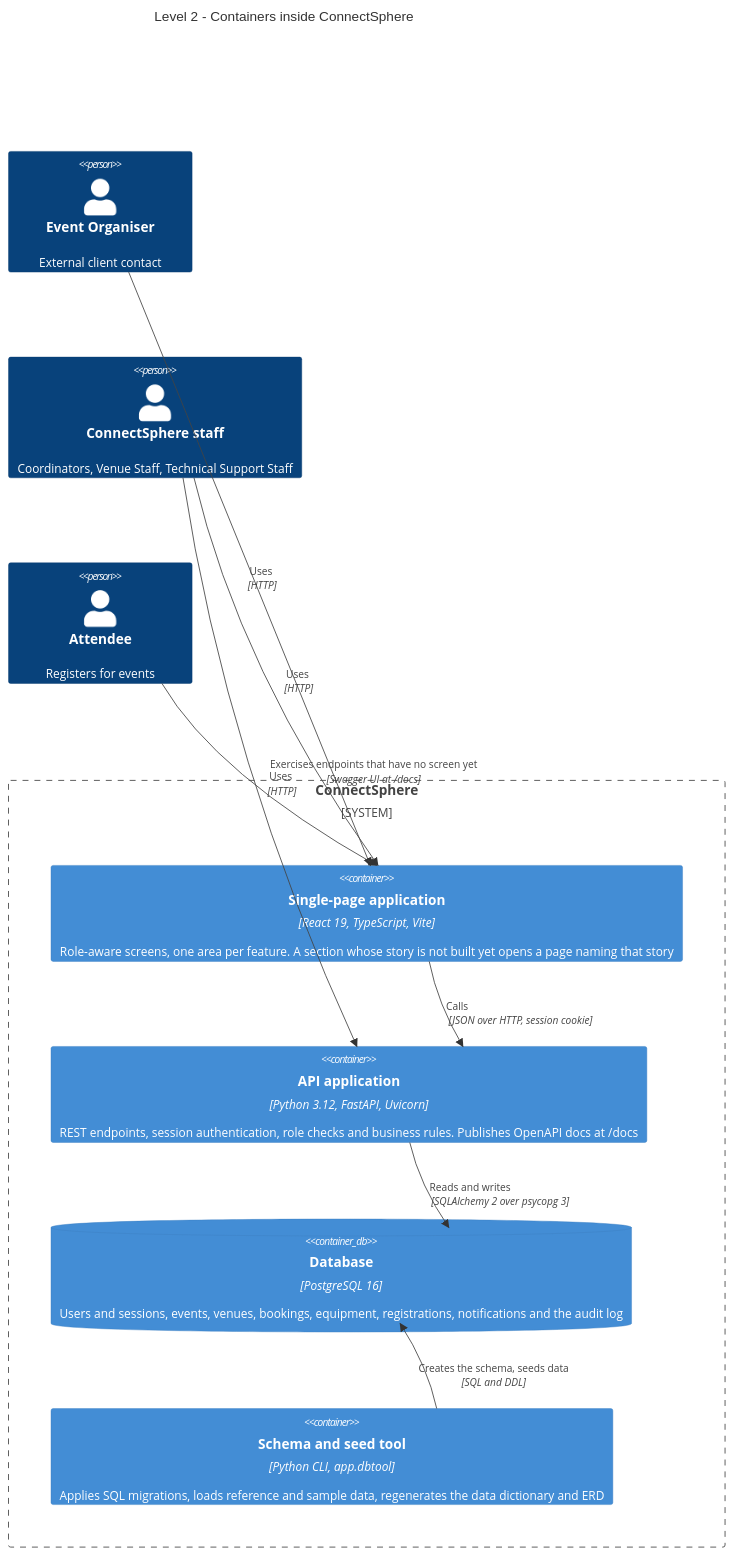
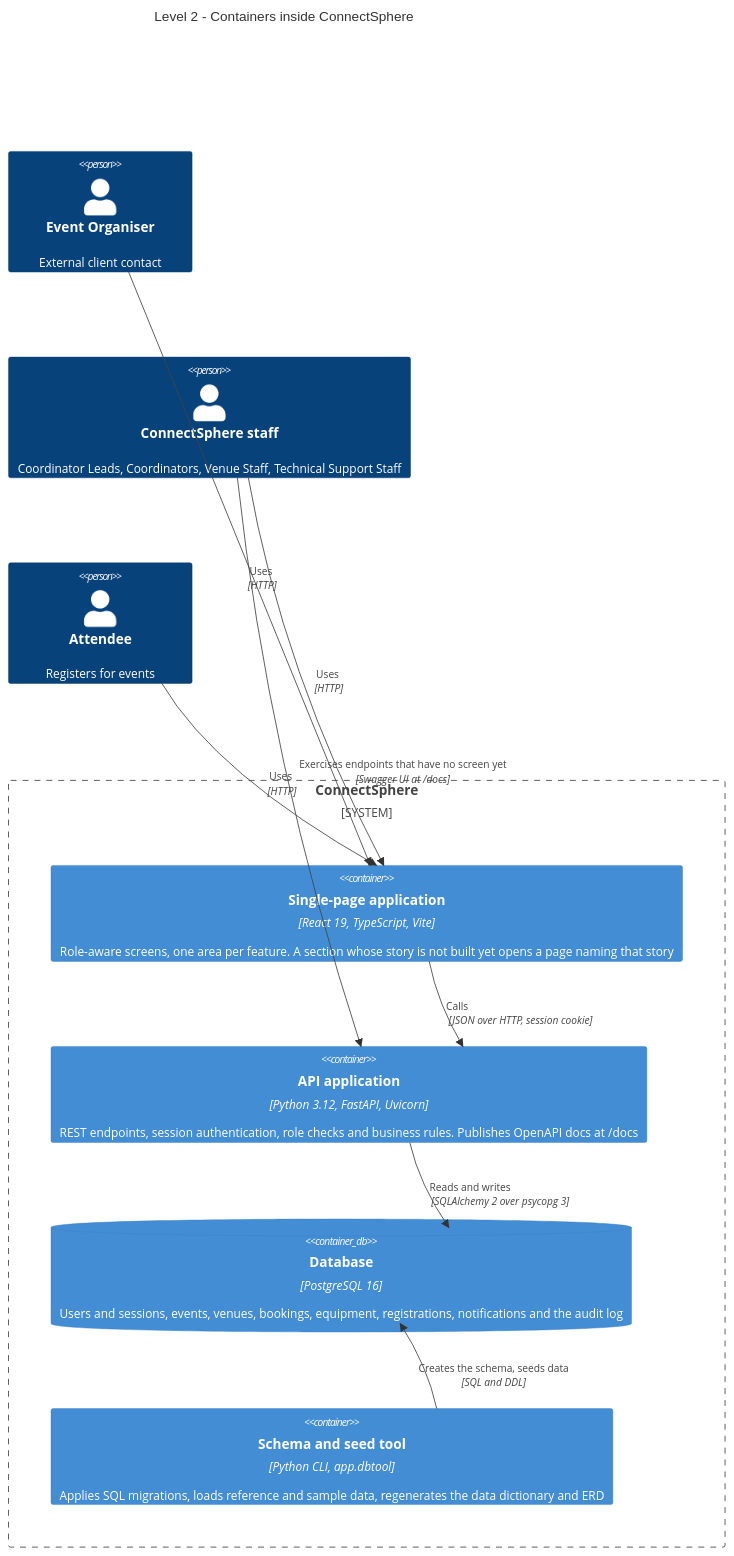
Before and after one commit to mecmk/SPM-G5: the second of 7 diagrams in docs/C4_MODEL.md, drawn with Mermaid. The commit also changed other lines of this file and 20 other files, not shown here.

````diff
--- a/docs/C4_MODEL.md
+++ b/docs/C4_MODEL.md
@@ -52,25 +54,25 @@
 ```mermaid
 C4Container
     title Level 2 - Containers inside ConnectSphere
 
     Person(organiser, "Event Organiser", "External client contact")
-    Person(staff, "ConnectSphere staff", "Coordinators, Venue Staff, Technical Support Staff")
+    Person(staff, "ConnectSphere staff", "Coordinator Leads, Coordinators, Venue Staff, Technical Support Staff")
     Person(attendee, "Attendee", "Registers for events")
 
     System_Boundary(connectsphere, "ConnectSphere") {
         Container(spa, "Single-page application", "React 19, TypeScript, Vite", "Role-aware screens, one area per feature. A section whose story is not built yet opens a page naming that story")
         Container(api, "API application", "Python 3.12, FastAPI, Uvicorn", "REST endpoints, session authentication, role checks and business rules. Publishes OpenAPI docs at /docs")
         ContainerDb(db, "Database", "PostgreSQL 16", "Users and sessions, events, venues, bookings, equipment, registrations, notifications and the audit log")
         Container(dbtool, "Schema and seed tool", "Python CLI, app.dbtool", "Applies SQL migrations, loads reference and sample data, regenerates the data dictionary and ERD")
     }
 
     Rel(organiser, spa, "Uses", "HTTP")
     Rel(staff, spa, "Uses", "HTTP")
     Rel(attendee, spa, "Uses", "HTTP")
     Rel(staff, api, "Exercises endpoints that have no screen yet", "Swagger UI at /docs")
     Rel(spa, api, "Calls", "JSON over HTTP, session cookie")
     Rel(api, db, "Reads and writes", "SQLAlchemy 2 over psycopg 3")
     Rel(dbtool, db, "Creates the schema, seeds data", "SQL and DDL")
 
     UpdateLayoutConfig($c4ShapeInRow="2", $c4BoundaryInRow="1")
 ```
````
